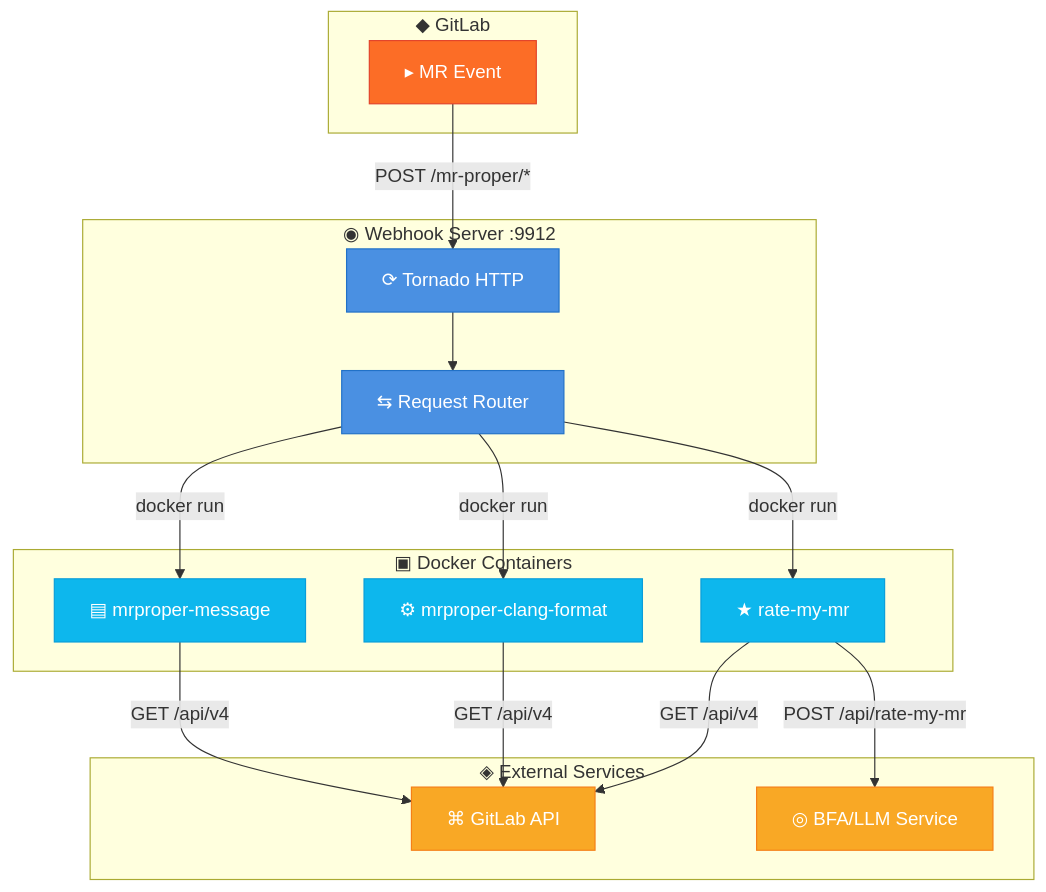
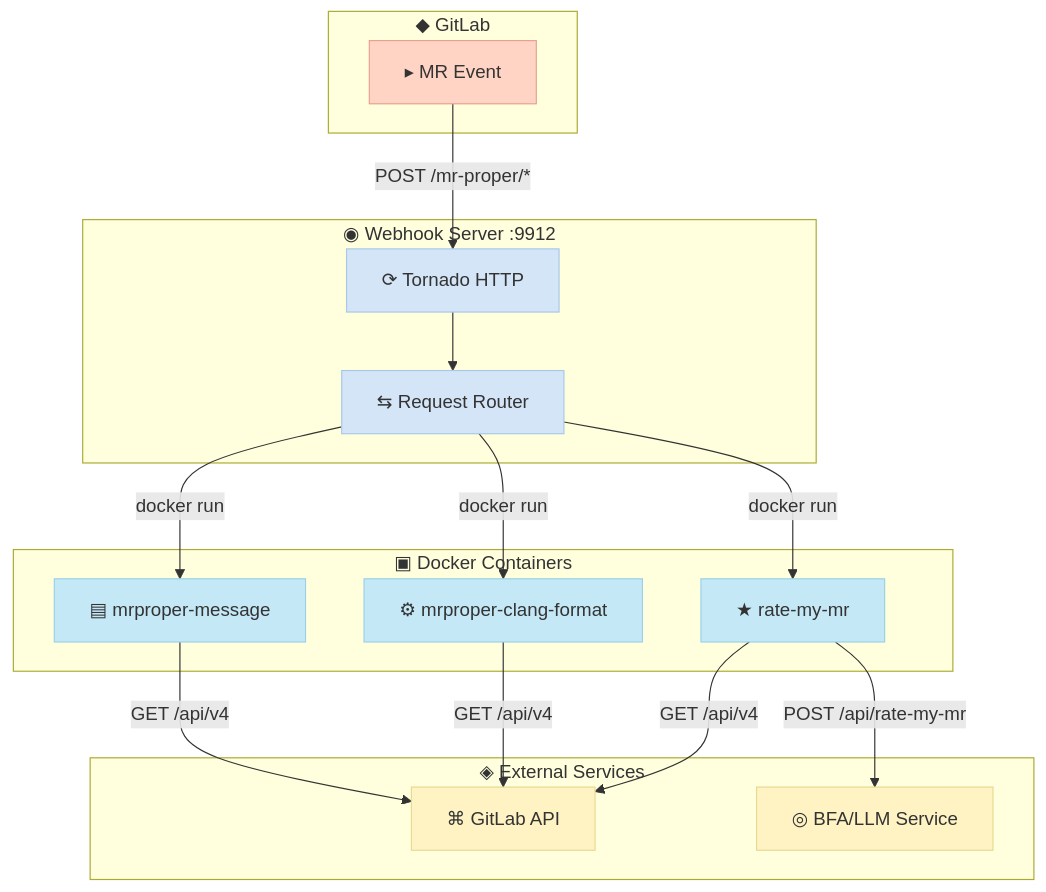
One commit to vigneshpalanivelr/commit-validator changed the first of 6 diagrams in ARCHITECTURE.md. Above: the diagram before and after it, drawn with Mermaid. The commit also changed other lines of this file and 2 other files, not shown here.

First line of the commit message:
Update mermaid diagrams with subtle, muted colors

````diff
--- a/ARCHITECTURE.md
+++ b/ARCHITECTURE.md
@@ -53,42 +53,42 @@
 ```mermaid
 flowchart TB
     subgraph GitLab["◆ GitLab"]
         A[▸ MR Event]
     end
 
     subgraph Webhook["◉ Webhook Server :9912"]
         B[⟳ Tornado HTTP]
         C[⇆ Request Router]
     end
 
     subgraph Docker["▣ Docker Containers"]
         D1[★ rate-my-mr]
         D2[⚙ mrproper-clang-format]
         D3[▤ mrproper-message]
     end
 
     subgraph Services["◈ External Services"]
         E[⌘ GitLab API]
         F[◎ BFA/LLM Service]
     end
 
     A -->|"POST /mr-proper/*"| B
     B --> C
     C -->|"docker run"| D1
     C -->|"docker run"| D2
     C -->|"docker run"| D3
     D1 -->|"GET /api/v4"| E
     D1 -->|"POST /api/rate-my-mr"| F
     D2 -->|"GET /api/v4"| E
     D3 -->|"GET /api/v4"| E
 
-    classDef gitlab fill:#fc6d26,color:#fff,stroke:#e24329
-    classDef webhook fill:#4a90e2,color:#fff,stroke:#2171c7
-    classDef docker fill:#0db7ed,color:#fff,stroke:#099dd9
-    classDef services fill:#f9a825,color:#fff,stroke:#f57f17
+    classDef gitlab fill:#ffd4c4,color:#333,stroke:#e8a090
+    classDef webhook fill:#d4e5f7,color:#333,stroke:#a8c8e8
+    classDef docker fill:#c5e8f7,color:#333,stroke:#9ad0e8
+    classDef services fill:#fff3c4,color:#333,stroke:#e8d890
 
     class A gitlab
     class B,C webhook
     class D1,D2,D3 docker
     class E,F services
 ```
````
